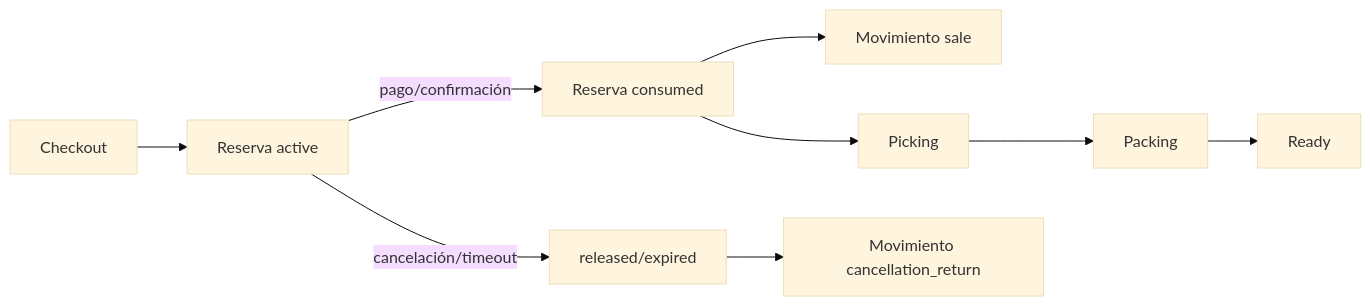
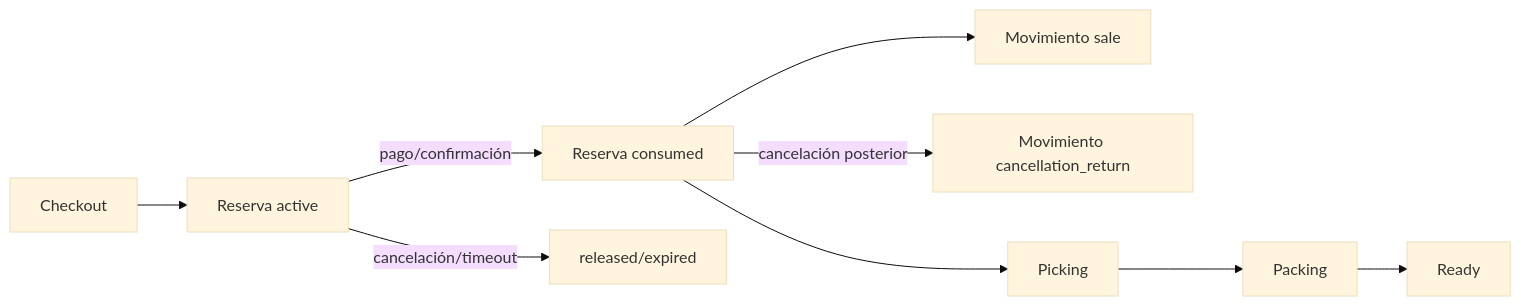
The second of 6 diagrams in docs/INFORME_TECNICO_LUBRISTORE.md (cteranf/Lubricantes), drawn with Mermaid (base theme) before and after one commit. The commit also changed other lines of this file and 71 other files, not shown here.

````diff
--- a/docs/INFORME_TECNICO_LUBRISTORE.md
+++ b/docs/INFORME_TECNICO_LUBRISTORE.md
@@ -122,9 +128,9 @@
 ```mermaid
 flowchart LR
   C[Checkout] --> R[Reserva active]
   R -->|pago/confirmación| U[Reserva consumed]
   U --> S[Movimiento sale]
   R -->|cancelación/timeout| L[released/expired]
-  L --> CR[Movimiento cancellation_return]
+  U -->|cancelación posterior| CR[Movimiento cancellation_return]
   U --> P[Picking] --> K[Packing] --> F[Ready]
 ```
````
